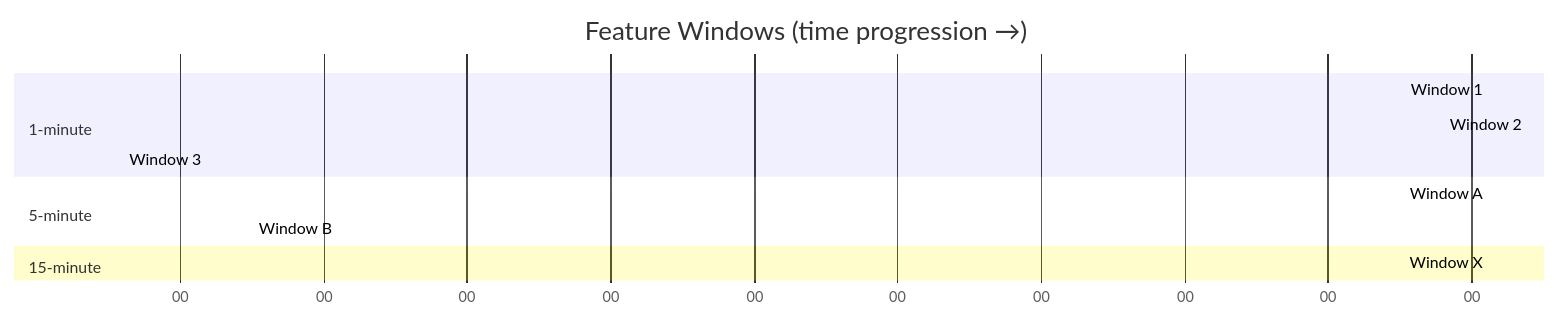
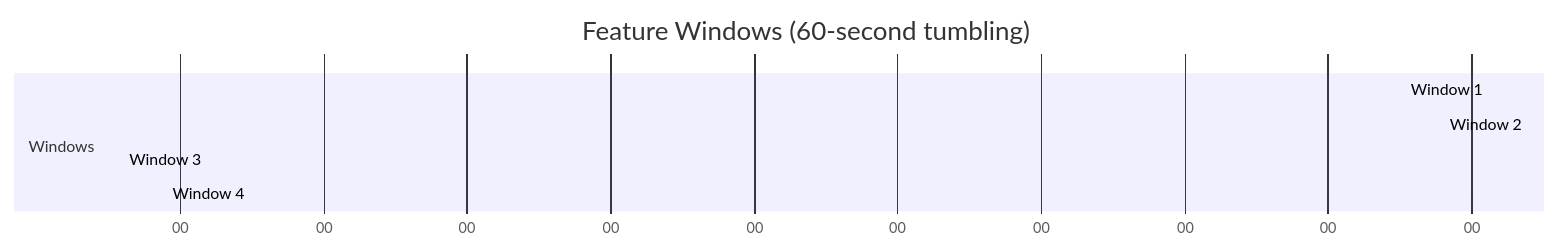
One commit to caverac/ics-anomaly-detection changed the second of 4 diagrams in packages/docs/docs/ml-pipeline/feature-engineering.md. Above: the diagram before and after it, drawn with Mermaid. The commit also changed other lines of this file and 35 other files, not shown here.

````diff
--- a/packages/docs/docs/ml-pipeline/feature-engineering.md
+++ b/packages/docs/docs/ml-pipeline/feature-engineering.md
@@ -44,18 +44,12 @@
 ```mermaid
 gantt
-    title Feature Windows (time progression →)
+    title Feature Windows (60-second tumbling)
     dateFormat s
     axisFormat %S
 
-    section 1-minute
+    section Windows
     Window 1 :a1, 0, 60s
     Window 2 :a2, 60, 60s
     Window 3 :a3, 120, 60s
-
-    section 5-minute
-    Window A :b1, 0, 300s
-    Window B :b2, 300, 300s
-
-    section 15-minute
-    Window X :c1, 0, 900s
+    Window 4 :a4, 180, 60s
 ```
````
